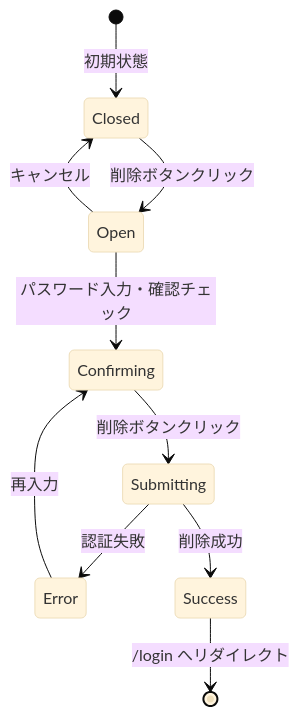
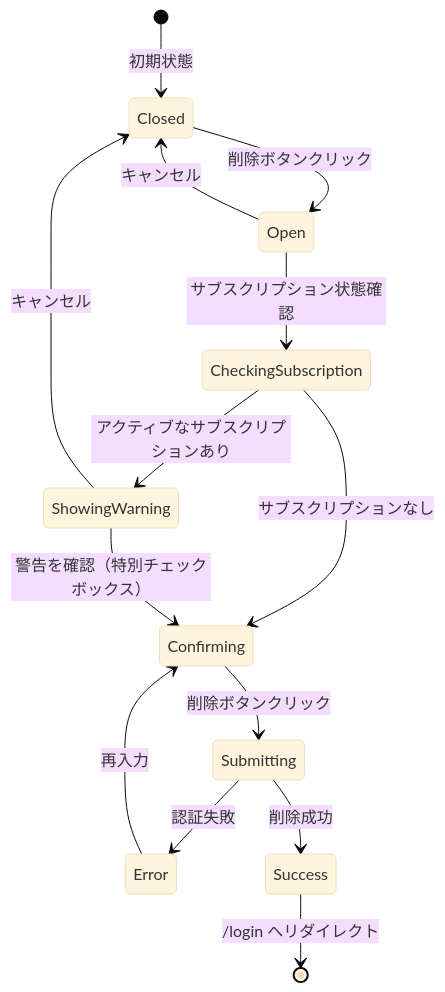
One commit to tezuka-Akihiro/ClaudeMix changed the fifth of 7 diagrams in develop/account/profile/uiux-spec.md. Above: the diagram before and after it, drawn with Mermaid (base theme). The commit also changed other lines of this file and 4 other files, not shown here.

````diff
--- a/develop/account/profile/uiux-spec.md
+++ b/develop/account/profile/uiux-spec.md
@@ -219,12 +226,16 @@
 ```mermaid
 stateDiagram-v2
     [*] --> Closed: 初期状態
     Closed --> Open: 削除ボタンクリック
-    Open --> Confirming: パスワード入力・確認チェック
+    Open --> CheckingSubscription: サブスクリプション状態確認
+    CheckingSubscription --> ShowingWarning: アクティブなサブスクリプションあり
+    CheckingSubscription --> Confirming: サブスクリプションなし
+    ShowingWarning --> Confirming: 警告を確認（特別チェックボックス）
     Confirming --> Submitting: 削除ボタンクリック
     Submitting --> Error: 認証失敗
     Submitting --> Success: 削除成功
     Error --> Confirming: 再入力
     Success --> [*]: /login へリダイレクト
     Open --> Closed: キャンセル
+    ShowingWarning --> Closed: キャンセル
 ```
````
